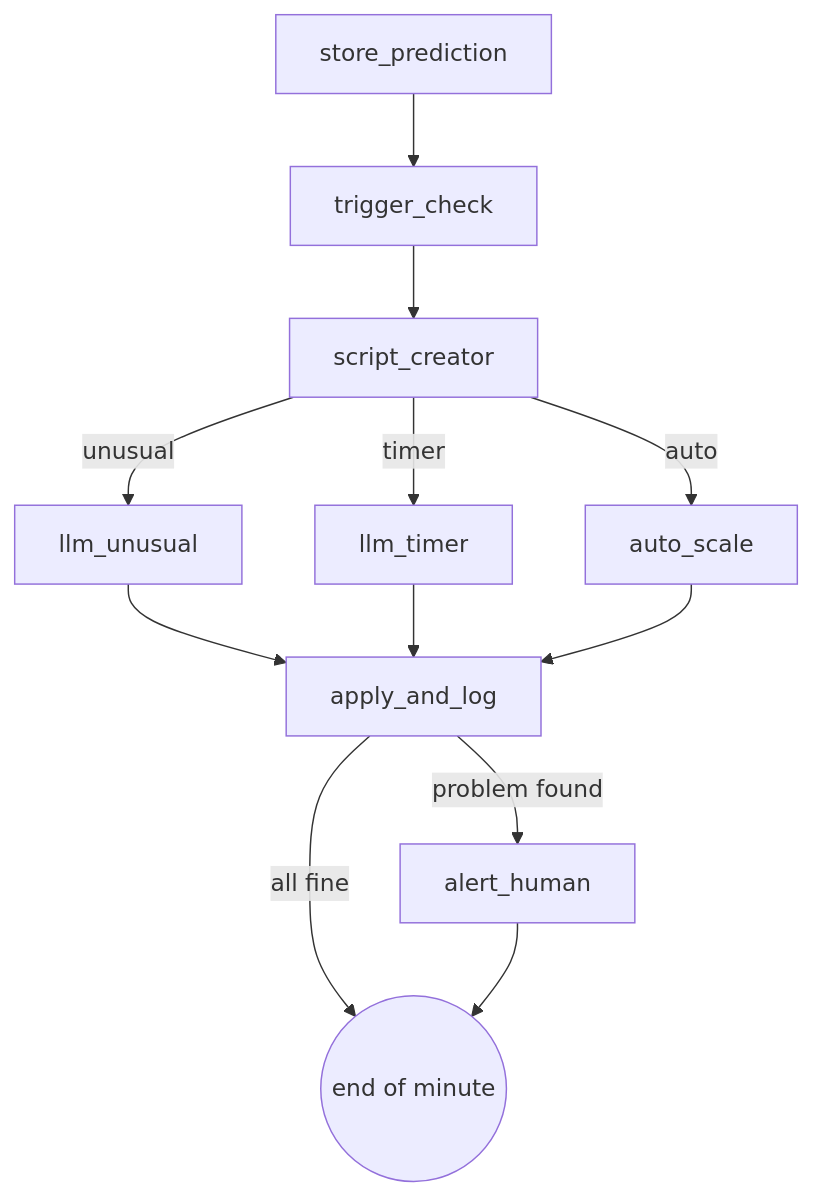
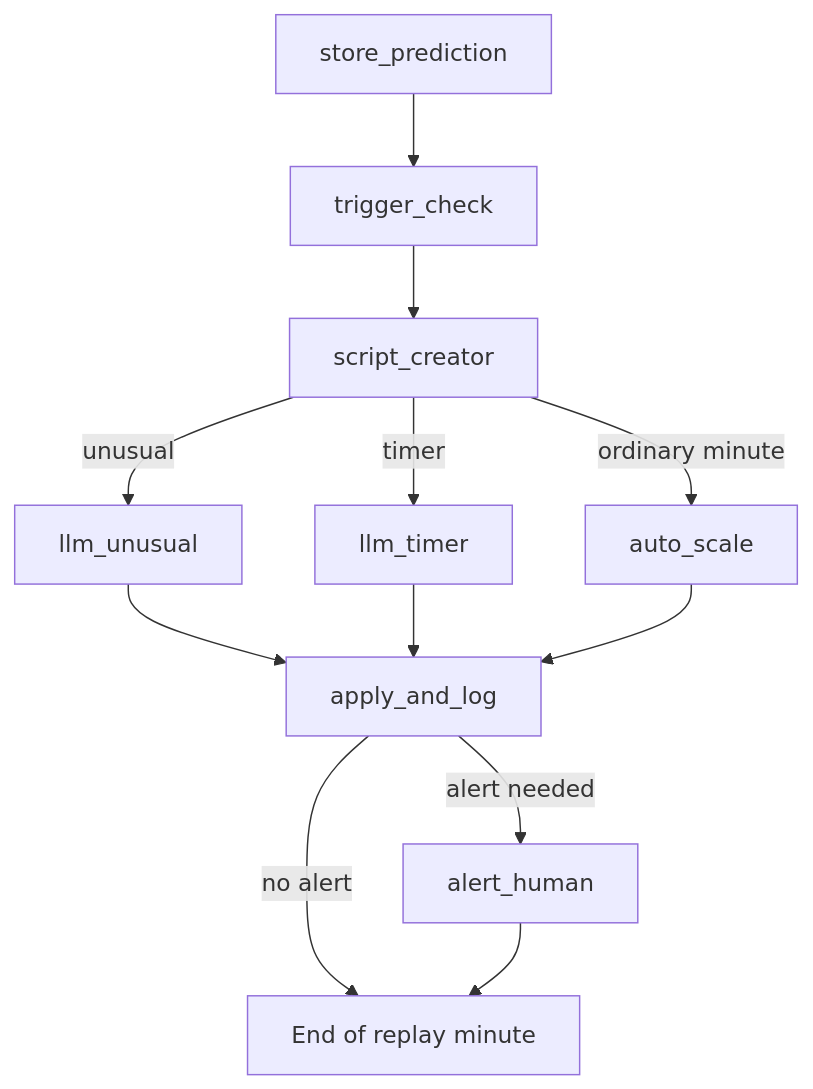
Before and after one commit to DeepanshuSharma1607/agentic-ai-cloud-allocator: the first of 2 diagrams in README.md, drawn with Mermaid. The commit also changed other lines of this file and 12 other files, not shown here.

````diff
--- a/README.md
+++ b/README.md
@@ -29,14 +49,14 @@
 ```mermaid
 flowchart TD
     A[store_prediction] --> B[trigger_check]
     B --> C[script_creator]
     C -->|unusual| D[llm_unusual]
     C -->|timer| E[llm_timer]
-    C -->|auto| F[auto_scale]
+    C -->|ordinary minute| F[auto_scale]
     D --> G[apply_and_log]
     E --> G
     F --> G
-    G -->|problem found| H[alert_human]
-    G -->|all fine| I((end of minute))
+    G -->|alert needed| H[alert_human]
+    G -->|no alert| I[End of replay minute]
     H --> I
 ```
````
